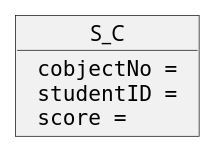
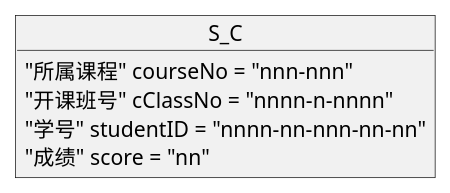
Before and after one commit to 201610414130/is_analysis-4: the eighth of 8 diagrams in test6/objectView.pu, drawn with PlantUML. The commit also changed other lines of this file and 8 other files, not shown here.

```diff
--- a/test6/objectView.pu
+++ b/test6/objectView.pu
@@ -91,7 +91,8 @@
 @startuml S_C
 object S_C{
-    "" cobjectNo = ""
-    "" studentID = ""
-    "" score = ""
+    "所属课程" courseNo = "nnn-nnn"
+    "开课班号" cClassNo = "nnnn-n-nnnn"
+    "学号" studentID = "nnnn-nn-nnn-nn-nn"
+    "成绩" score = "nn"
 }
 @enduml
```
